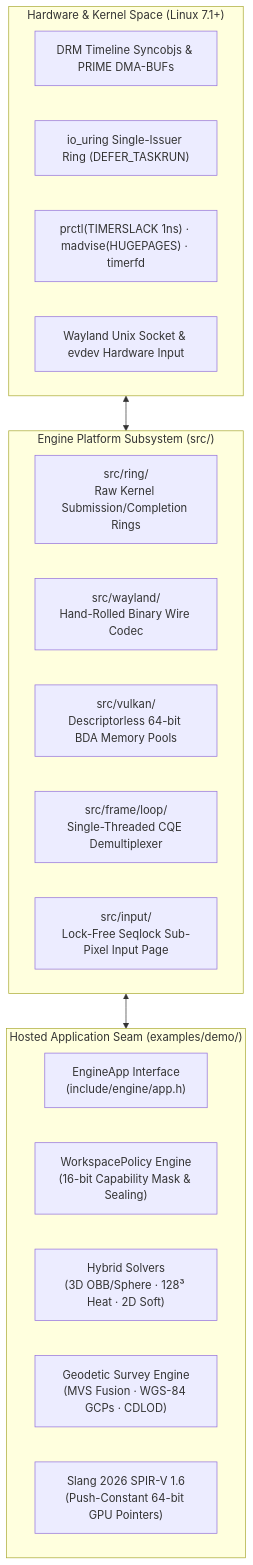
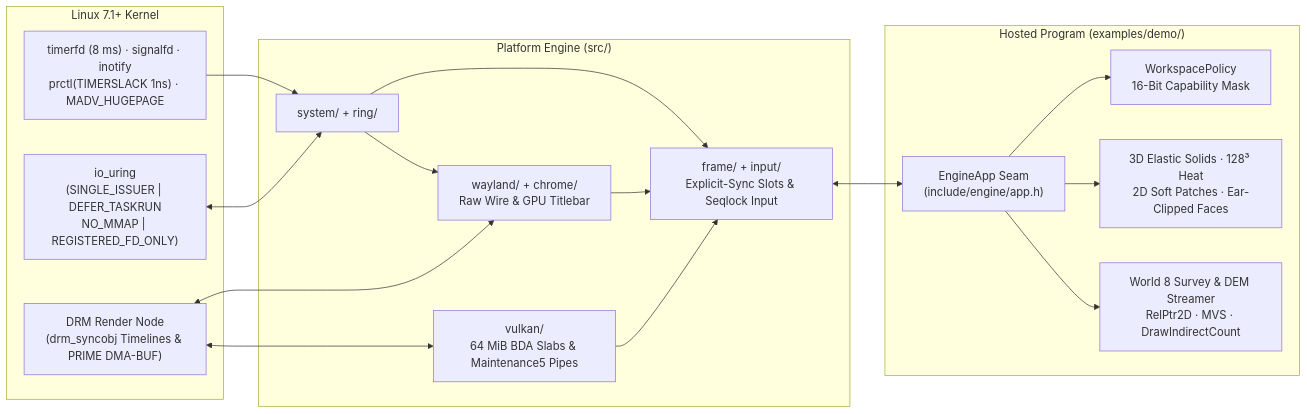
Before and after one commit to Cetin-Furkan/engine: the diagram in README.md, drawn with Mermaid. The commit also changed other lines of this file and 5 other files, not shown here.

````diff
--- a/README.md
+++ b/README.md
@@ -74,28 +87,30 @@
 ```mermaid
-flowchart TD
-    subgraph Hardware["Hardware & Kernel Space (Linux 7.1+)"]
-        DRM["DRM Timeline Syncobjs & PRIME DMA-BUFs"]
-        URING["io_uring Single-Issuer Ring (DEFER_TASKRUN)"]
-        SYS["prctl(TIMERSLACK 1ns) · madvise(HUGEPAGES) · timerfd"]
-        EV["Wayland Unix Socket & evdev Hardware Input"]
+flowchart LR
+    subgraph Kernel["Linux 7.1+ Kernel"]
+        URING["io_uring\n(SINGLE_ISSUER | DEFER_TASKRUN\nNO_MMAP | REGISTERED_FD_ONLY)"]
+        DRM["DRM Render Node\n(drm_syncobj Timelines & PRIME DMA-BUF)"]
+        TIMERS["timerfd (8 ms) · signalfd · inotify\nprctl(TIMERSLACK 1ns) · MADV_HUGEPAGE"]
     end
 
-    subgraph Platform["Engine Platform Subsystem (src/)"]
-        RING["src/ring/\nRaw Kernel Submission/Completion Rings"]
-        WIRE["src/wayland/\nHand-Rolled Binary Wire Codec"]
-        VK["src/vulkan/\nDescriptorless 64-bit BDA Memory Pools"]
-        LOOP["src/frame/loop/\nSingle-Threaded CQE Demultiplexer"]
-        INPUT["src/input/\nLock-Free Seqlock Sub-Pixel Input Page"]
+    subgraph Platform["Platform Engine (src/)"]
+        SYS["system/ + ring/"]
+        WL["wayland/ + chrome/\nRaw Wire & GPU Titlebar"]
+        VK["vulkan/\n64 MiB BDA Slabs & Maintenance5 Pipes"]
+        FRM["frame/ + input/\nExplicit-Sync Slots & Seqlock Input"]
     end
 
-    subgraph Hosted["Hosted Application Seam (examples/demo/)"]
-        SEAM["EngineApp Interface\n(include/engine/app.h)"]
-        POL["WorkspacePolicy Engine\n(16-bit Capability Mask & Sealing)"]
-        PHYS["Hybrid Solvers\n(3D OBB/Sphere · 128³ Heat · 2D Soft)"]
-        GEO["Geodetic Survey Engine\n(MVS Fusion · WGS-84 GCPs · CDLOD)"]
-        SHADERS["Slang 2026 SPIR-V 1.6\n(Push-Constant 64-bit GPU Pointers)"]
+    subgraph App["Hosted Program (examples/demo/)"]
+        SEAM["EngineApp Seam\n(include/engine/app.h)"]
+        POL["WorkspacePolicy\n16-Bit Capability Mask"]
+        SOLVERS["3D Elastic Solids · 128³ Heat\n2D Soft Patches · Ear-Clipped Faces"]
+        TERRAIN["World 8 Survey & DEM Streamer\nRelPtr2D · MVS · DrawIndirectCount"]
     end
 
-    Hardware <--> Platform
-    Platform <--> Hosted
+    TIMERS --> SYS
+    URING <--> SYS
+    SYS --> WL & FRM
+    DRM <--> WL & VK
+    WL & VK --> FRM
+    FRM <--> SEAM
+    SEAM --> POL & SOLVERS & TERRAIN
 ```
````
